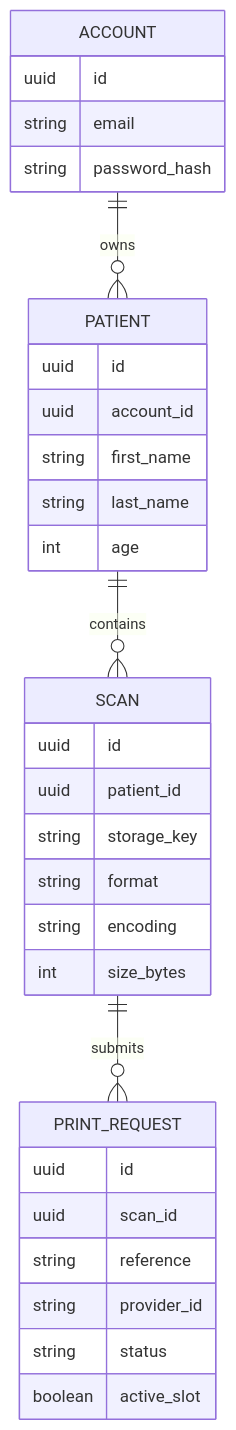
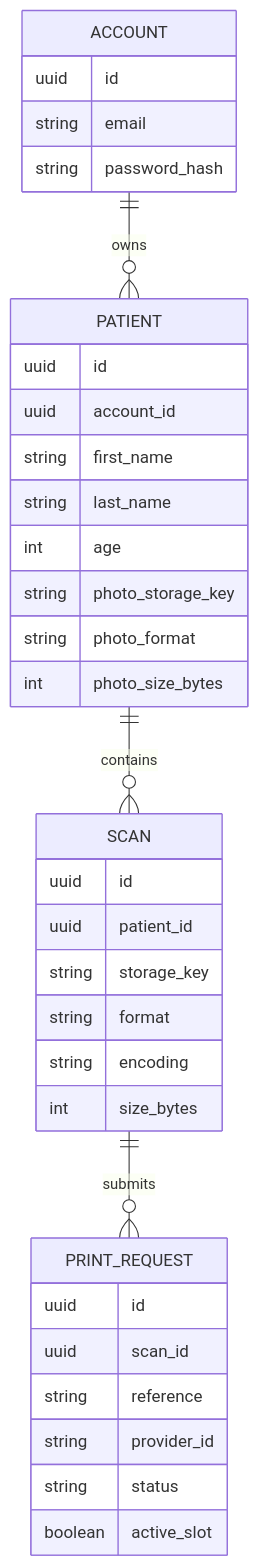
One commit to hugoecken/vytruve-tech-test-he changed the first of 3 diagrams in docs/backend-and-data.md. Above: the diagram before and after it, drawn with Mermaid. The commit also changed other lines of this file and 56 other files, not shown here.

````diff
--- a/docs/backend-and-data.md
+++ b/docs/backend-and-data.md
@@ -27,35 +27,38 @@
 ```mermaid
 erDiagram
   ACCOUNT ||--o{ PATIENT : owns
   PATIENT ||--o{ SCAN : contains
   SCAN ||--o{ PRINT_REQUEST : submits
 
   ACCOUNT {
     uuid id
     string email
     string password_hash
   }
   PATIENT {
     uuid id
     uuid account_id
     string first_name
     string last_name
     int age
+    string photo_storage_key
+    string photo_format
+    int photo_size_bytes
   }
   SCAN {
     uuid id
     uuid patient_id
     string storage_key
     string format
     string encoding
     int size_bytes
   }
   PRINT_REQUEST {
     uuid id
     uuid scan_id
     string reference
     string provider_id
     string status
     boolean active_slot
   }
 ```
````
